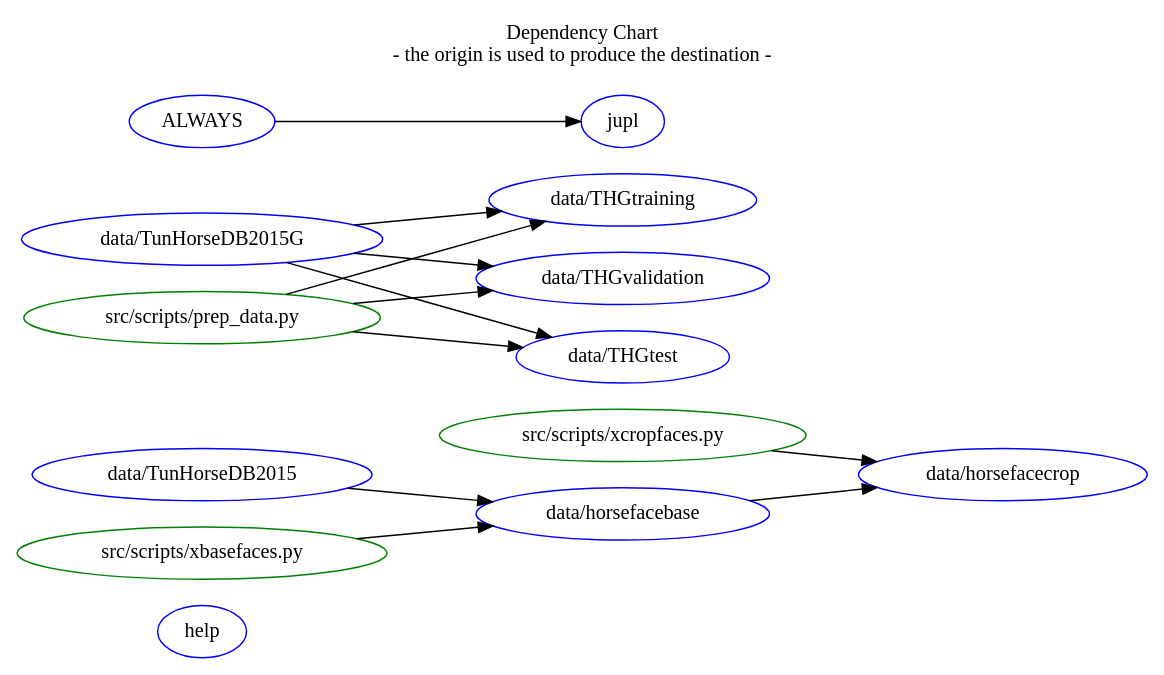
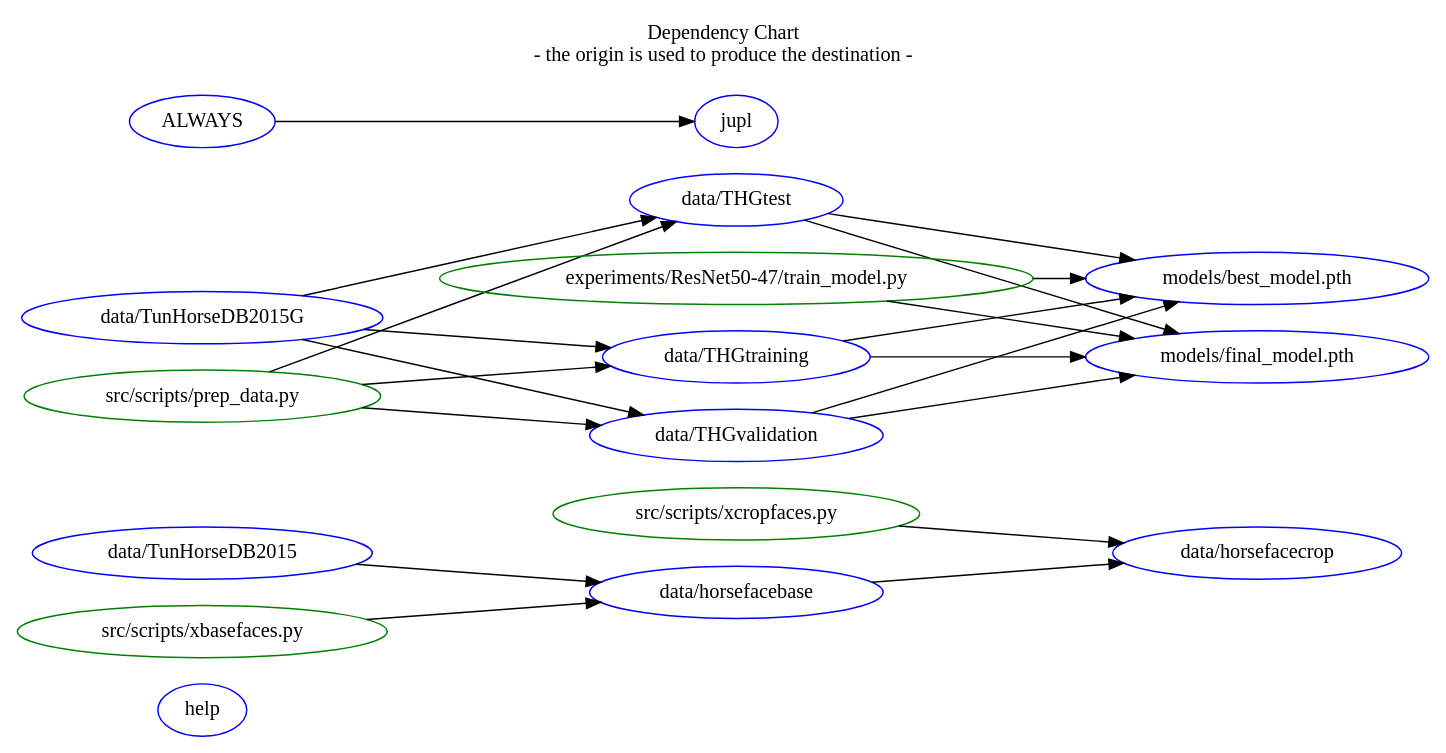
One commit to calang/equidos changed the diagram in Makefile.dot. Above: the diagram before and after it, drawn with Graphviz. The commit also changed 7 other files, not shown here.

Commit message:
create rule in Makefile to produce experiments/ResNet50-47 models

```diff
--- a/Makefile.dot
+++ b/Makefile.dot
@@ -1,42 +1,57 @@
 digraph {
     label="Dependency Chart
 - the origin is used to produce the destination -
 
 "
     labelloc="t"
     rankdir="LR"
     splines=line
 
 #help:
     "help" [color = "blue"]
 #data/horsefacebase: data/TunHorseDB2015 src/scripts/xbasefaces.py
     "data/horsefacebase" [color = "blue"]
     "data/TunHorseDB2015" [color = "blue"]
     "data/TunHorseDB2015" -> "data/horsefacebase"
     "src/scripts/xbasefaces.py" [color = "green"]
     "src/scripts/xbasefaces.py" -> "data/horsefacebase"
 #data/horsefacecrop: data/horsefacebase src/scripts/xcropfaces.py
     "data/horsefacecrop" [color = "blue"]
     "data/horsefacebase" [color = "blue"]
     "data/horsefacebase" -> "data/horsefacecrop"
     "src/scripts/xcropfaces.py" [color = "green"]
     "src/scripts/xcropfaces.py" -> "data/horsefacecrop"
 #data/THGtraining data/THGvalidation data/THGtest &: data/TunHorseDB2015G src/scripts/prep_data.py
     "data/THGtraining" [color = "blue"]
     "data/TunHorseDB2015G" [color = "blue"]
     "data/TunHorseDB2015G" -> "data/THGtraining"
     "src/scripts/prep_data.py" [color = "green"]
     "src/scripts/prep_data.py" -> "data/THGtraining"
     "data/THGvalidation" [color = "blue"]
     "data/TunHorseDB2015G" -> "data/THGvalidation"
     "src/scripts/prep_data.py" -> "data/THGvalidation"
     "data/THGtest" [color = "blue"]
     "data/TunHorseDB2015G" -> "data/THGtest"
     "src/scripts/prep_data.py" -> "data/THGtest"
+#models/best_model.pth models/final_model.pth &: data/THGtraining data/THGvalidation data/THGtest experiments/ResNet50-47/train_model.py
+    "models/best_model.pth" [color = "blue"]
+    "data/THGtraining" [color = "blue"]
+    "data/THGtraining" -> "models/best_model.pth"
+    "data/THGvalidation" [color = "blue"]
+    "data/THGvalidation" -> "models/best_model.pth"
+    "data/THGtest" [color = "blue"]
+    "data/THGtest" -> "models/best_model.pth"
+    "experiments/ResNet50-47/train_model.py" [color = "green"]
+    "experiments/ResNet50-47/train_model.py" -> "models/best_model.pth"
+    "models/final_model.pth" [color = "blue"]
+    "data/THGtraining" -> "models/final_model.pth"
+    "data/THGvalidation" -> "models/final_model.pth"
+    "data/THGtest" -> "models/final_model.pth"
+    "experiments/ResNet50-47/train_model.py" -> "models/final_model.pth"
 #jupl: ALWAYS
     "jupl" [color = "blue"]
     "ALWAYS" [color = "blue"]
     "ALWAYS" -> "jupl"
 #ALWAYS:
     "ALWAYS" [color = "blue"]
 }
```
